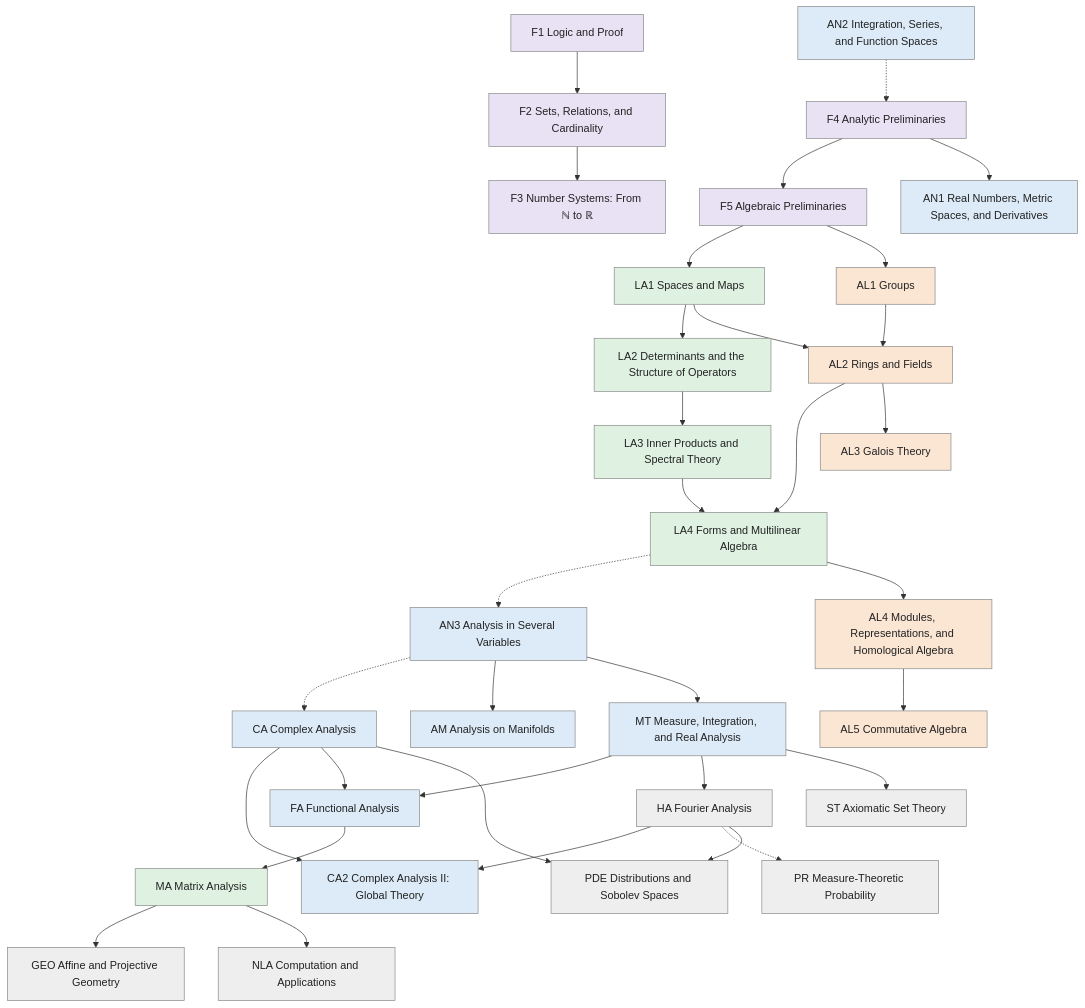
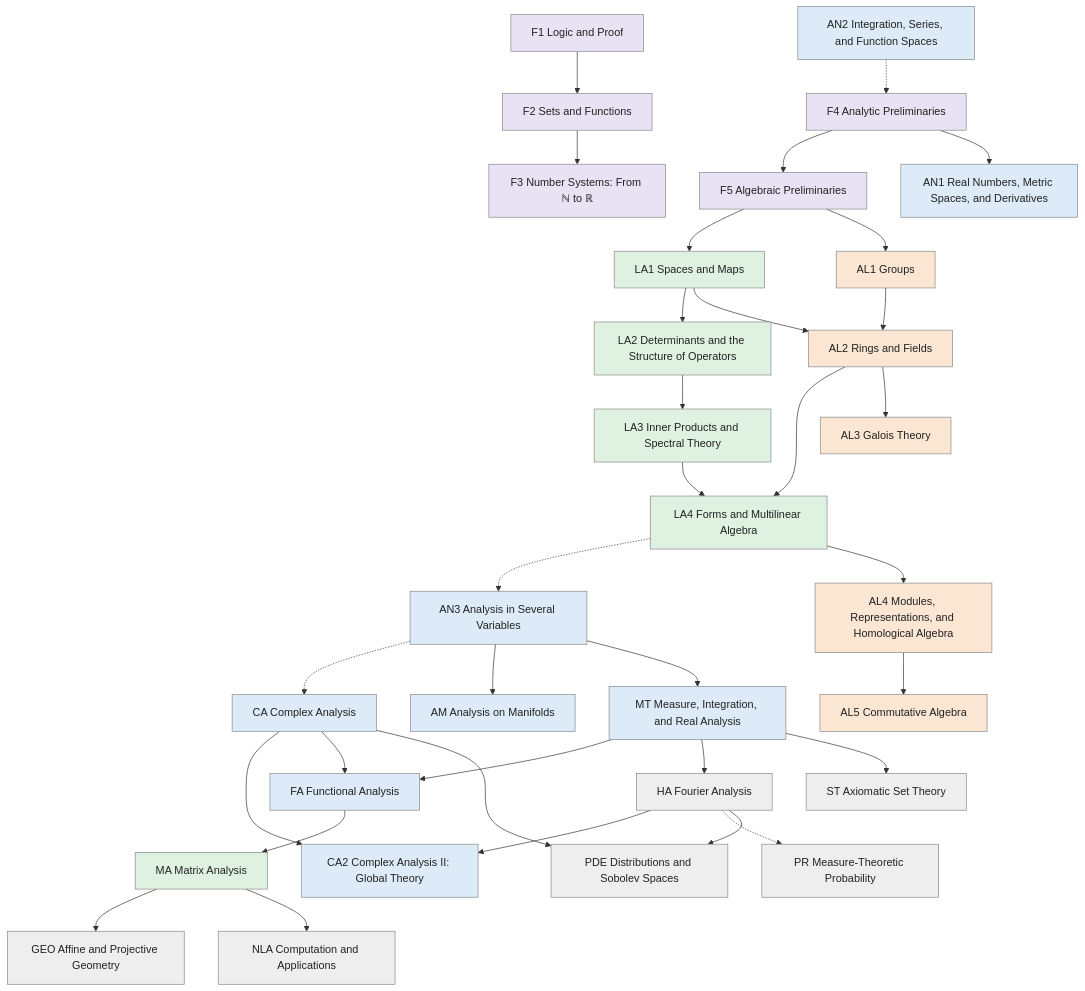
The diagram in generated/volumes.mmd (AkizumiFox/math-atlas), drawn with Mermaid before and after one commit. The commit also changed 13 other files, not shown here.

Commit message:
fd2 renamed Sets and Functions; Zorn to Chapter 6; stubs for 3.6 Cardinal Arithmetic and Chapter 5 Building Functions (layout addendum)

```diff
--- a/generated/volumes.mmd
+++ b/generated/volumes.mmd
@@ -1,67 +1,67 @@
 flowchart TD
   F1["F1 Logic and Proof"]:::found
-  F2["F2 Sets, Relations, and Cardinality"]:::found
+  F2["F2 Sets and Functions"]:::found
   F3["F3 Number Systems: From ℕ to ℝ"]:::found
   F4["F4 Analytic Preliminaries"]:::found
   F5["F5 Algebraic Preliminaries"]:::found
   AN1["AN1 Real Numbers, Metric Spaces, and Derivatives"]:::analysis
   LA1["LA1 Spaces and Maps"]:::linalg
   AL1["AL1 Groups"]:::algebra
   LA2["LA2 Determinants and the Structure of Operators"]:::linalg
   LA3["LA3 Inner Products and Spectral Theory"]:::linalg
   AL2["AL2 Rings and Fields"]:::algebra
   LA4["LA4 Forms and Multilinear Algebra"]:::linalg
   AN2["AN2 Integration, Series, and Function Spaces"]:::analysis
   AN3["AN3 Analysis in Several Variables"]:::analysis
   CA["CA Complex Analysis"]:::analysis
   AL3["AL3 Galois Theory"]:::algebra
   CA2["CA2 Complex Analysis II: Global Theory"]:::analysis
   AM["AM Analysis on Manifolds"]:::analysis
   MT["MT Measure, Integration, and Real Analysis"]:::analysis
   FA["FA Functional Analysis"]:::analysis
   AL4["AL4 Modules, Representations, and Homological Algebra"]:::algebra
   AL5["AL5 Commutative Algebra"]:::algebra
   MA["MA Matrix Analysis"]:::linalg
   HA["HA Fourier Analysis"]:::side
   PR["PR Measure-Theoretic Probability"]:::side
   PDE["PDE Distributions and Sobolev Spaces"]:::side
   GEO["GEO Affine and Projective Geometry"]:::side
   NLA["NLA Computation and Applications"]:::side
   ST["ST Axiomatic Set Theory"]:::side
   F1 --> F2
   F2 --> F3
   AN2 -.-> F4
   F4 --> F5
   F4 --> AN1
   F5 --> LA1
   F5 --> AL1
   LA1 --> LA2
   LA2 --> LA3
   AL1 --> AL2
   LA1 --> AL2
   AL2 --> LA4
   LA3 --> LA4
   LA4 -.-> AN3
   AN3 -.-> CA
   AL2 --> AL3
   CA --> CA2
   HA --> CA2
   AN3 --> AM
   AN3 --> MT
   CA --> FA
   MT --> FA
   LA4 --> AL4
   AL4 --> AL5
   FA --> MA
   MT --> HA
   HA -.-> PR
   CA --> PDE
   HA --> PDE
   MA --> GEO
   MA --> NLA
   MT --> ST
   classDef found fill:#e8e2f4,stroke:#888,color:#222
   classDef analysis fill:#dcebf7,stroke:#888,color:#222
   classDef linalg fill:#dff2e1,stroke:#888,color:#222
   classDef algebra fill:#fbe6d4,stroke:#888,color:#222
   classDef side fill:#eeeeee,stroke:#888,color:#222
```
